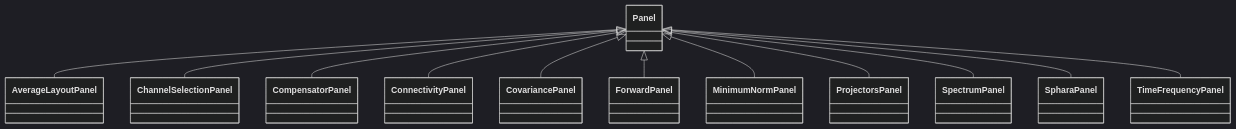
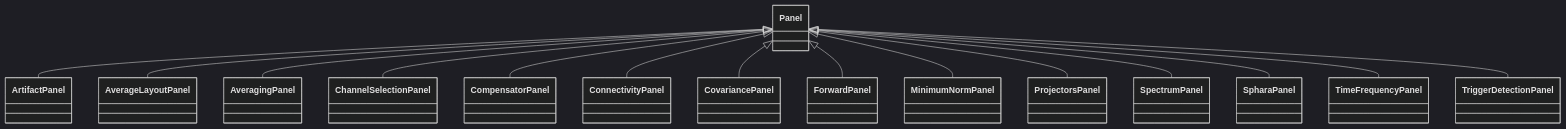
One commit to mne-tools/mne-cpp changed the diagram in doc/website/docs/api/viz/panel.mdx. Above: the diagram before and after it, drawn with Mermaid (dark theme). The commit also changed 12 other files, not shown here.

````diff
--- a/doc/website/docs/api/viz/panel.mdx
+++ b/doc/website/docs/api/viz/panel.mdx
@@ -39,25 +39,31 @@
 ```mermaid
 classDiagram
+    Panel <|-- ArtifactPanel
+    click ArtifactPanel href "../../viz/artifact-panel/"
     Panel <|-- AverageLayoutPanel
     click AverageLayoutPanel href "../../viz/average-layout-panel/"
+    Panel <|-- AveragingPanel
+    click AveragingPanel href "../../viz/averaging-panel/"
     Panel <|-- ChannelSelectionPanel
     click ChannelSelectionPanel href "../../viz/channel-selection-panel/"
     Panel <|-- CompensatorPanel
     click CompensatorPanel href "../../viz/compensator-panel/"
     Panel <|-- ConnectivityPanel
     click ConnectivityPanel href "../../viz/connectivity-panel/"
     Panel <|-- CovariancePanel
     click CovariancePanel href "../../viz/covariance-panel/"
     Panel <|-- ForwardPanel
     click ForwardPanel href "../../viz/forward-panel/"
     Panel <|-- MinimumNormPanel
     click MinimumNormPanel href "../../viz/minimum-norm-panel/"
     Panel <|-- ProjectorsPanel
     click ProjectorsPanel href "../../viz/projectors-panel/"
     Panel <|-- SpectrumPanel
     click SpectrumPanel href "../../viz/spectrum-panel/"
     Panel <|-- SpharaPanel
     click SpharaPanel href "../../viz/sphara-panel/"
     Panel <|-- TimeFrequencyPanel
     click TimeFrequencyPanel href "../../viz/time-frequency-panel/"
+    Panel <|-- TriggerDetectionPanel
+    click TriggerDetectionPanel href "../../viz/trigger-detection-panel/"
 ```
````
